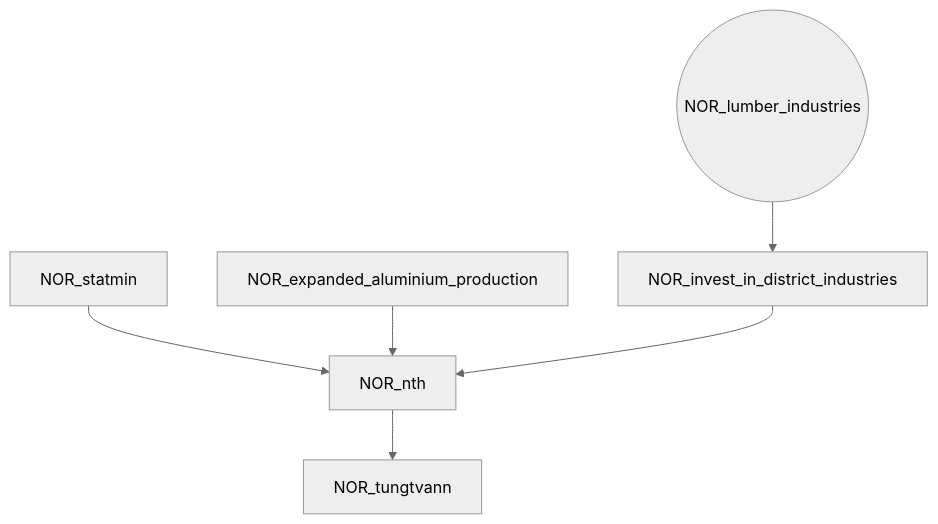
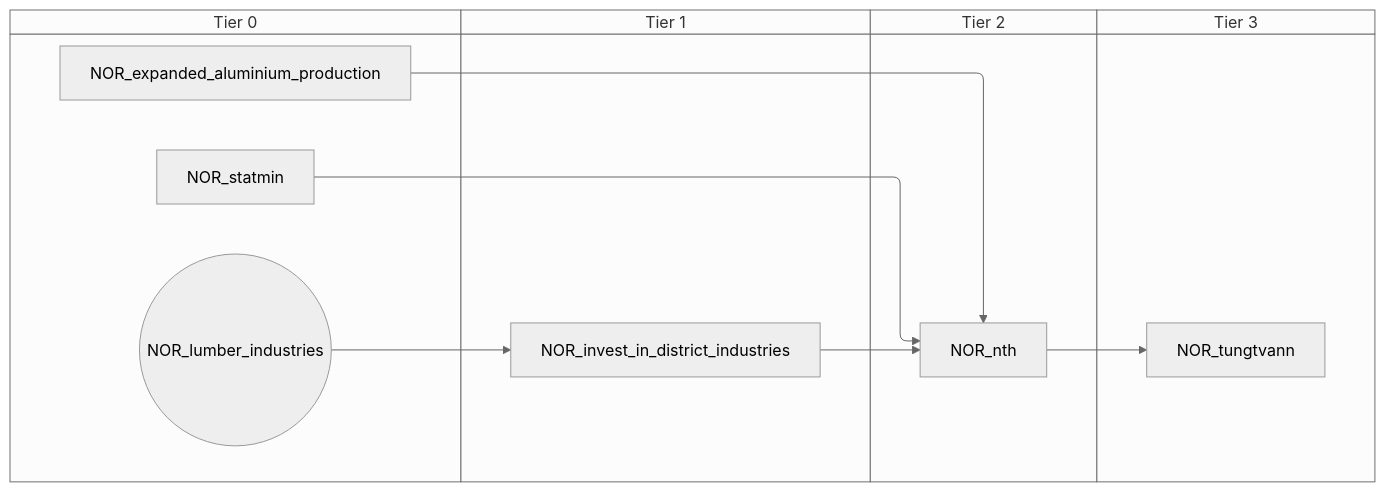
The sixth of 9 diagrams in docs/gdd/National Focuses/r56/r56_norway.md (evgeny-sobol/hoi4-sandbox-mode-r56), drawn with Mermaid (neutral theme) before and after one commit. The commit also changed other lines of this file and 423 other files, not shown here.

First line of the commit message:
Re-export Rt56 focus trees as swimlane diagrams

````diff
--- a/docs/gdd/National Focuses/r56/r56_norway.md
+++ b/docs/gdd/National Focuses/r56/r56_norway.md
@@ -160,14 +208,22 @@
 ```mermaid
-flowchart TD
-    n29["NOR_expanded_aluminium_production"]
-    n30["NOR_invest_in_district_industries"]
-    n43(("NOR_lumber_industries"))
-    n33["NOR_nth"]
-    n34["NOR_statmin"]
-    n35["NOR_tungtvann"]
-    n43 --> n30
-    n34 --> n33
-    n29 --> n33
-    n30 --> n33
-    n33 --> n35
+swimlane-beta TD
+    subgraph tier_0["Tier 0"]
+        n28["NOR_expanded_aluminium_production"]
+        n43(("NOR_lumber_industries"))
+        n33["NOR_statmin"]
+    end
+    subgraph tier_1["Tier 1"]
+        n29["NOR_invest_in_district_industries"]
+    end
+    subgraph tier_2["Tier 2"]
+        n34["NOR_nth"]
+    end
+    subgraph tier_3["Tier 3"]
+        n35["NOR_tungtvann"]
+    end
+    n43 --> n29
+    n33 --> n34
+    n28 --> n34
+    n29 --> n34
+    n34 --> n35
 ```
````
